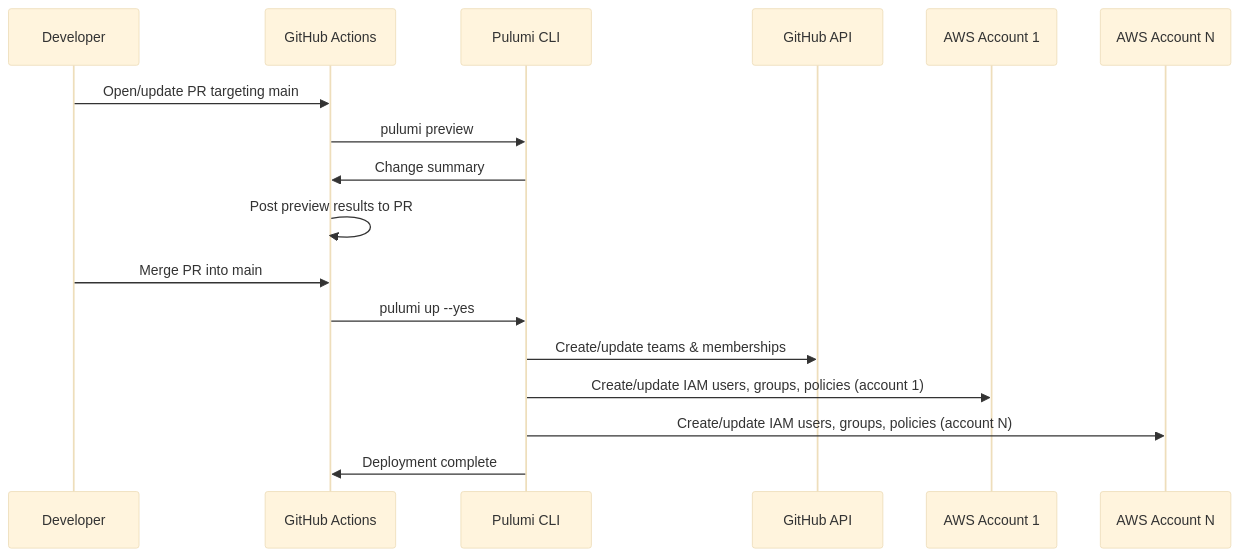
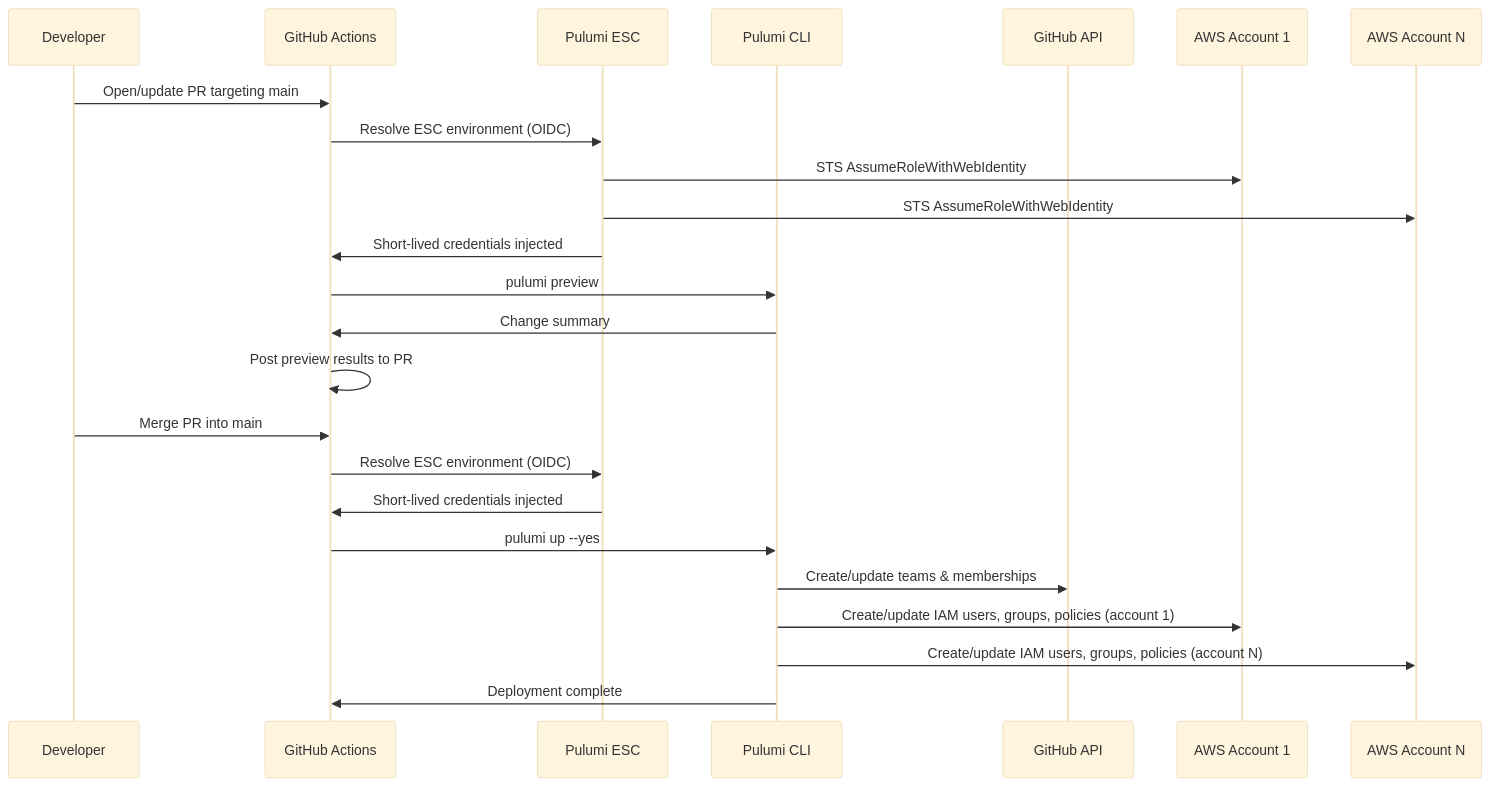
One commit to jssoriao/devops-user-management changed the second of 2 diagrams in .kiro/specs/pulumi-user-management/design.md. Above: the diagram before and after it, drawn with Mermaid (base theme). The commit also changed other lines of this file and 2 other files, not shown here.

Commit message:
update specs use ESC to deliver short lived credentials for multiple AWS accounts

````diff
--- a/.kiro/specs/pulumi-user-management/design.md
+++ b/.kiro/specs/pulumi-user-management/design.md
@@ -59,20 +59,27 @@
 ```mermaid
 sequenceDiagram
     participant Dev as Developer
     participant GHA as GitHub Actions
+    participant ESC as Pulumi ESC
     participant Pulumi as Pulumi CLI
     participant GH as GitHub API
     participant AWS1 as AWS Account 1
     participant AWS2 as AWS Account N
 
     Dev->>GHA: Open/update PR targeting main
+    GHA->>ESC: Resolve ESC environment (OIDC)
+    ESC->>AWS1: STS AssumeRoleWithWebIdentity
+    ESC->>AWS2: STS AssumeRoleWithWebIdentity
+    ESC->>GHA: Short-lived credentials injected
     GHA->>Pulumi: pulumi preview
     Pulumi->>GHA: Change summary
     GHA->>GHA: Post preview results to PR
     Dev->>GHA: Merge PR into main
+    GHA->>ESC: Resolve ESC environment (OIDC)
+    ESC->>GHA: Short-lived credentials injected
     GHA->>Pulumi: pulumi up --yes
     Pulumi->>GH: Create/update teams & memberships
     Pulumi->>AWS1: Create/update IAM users, groups, policies (account 1)
     Pulumi->>AWS2: Create/update IAM users, groups, policies (account N)
     Pulumi->>GHA: Deployment complete
 ```
````
